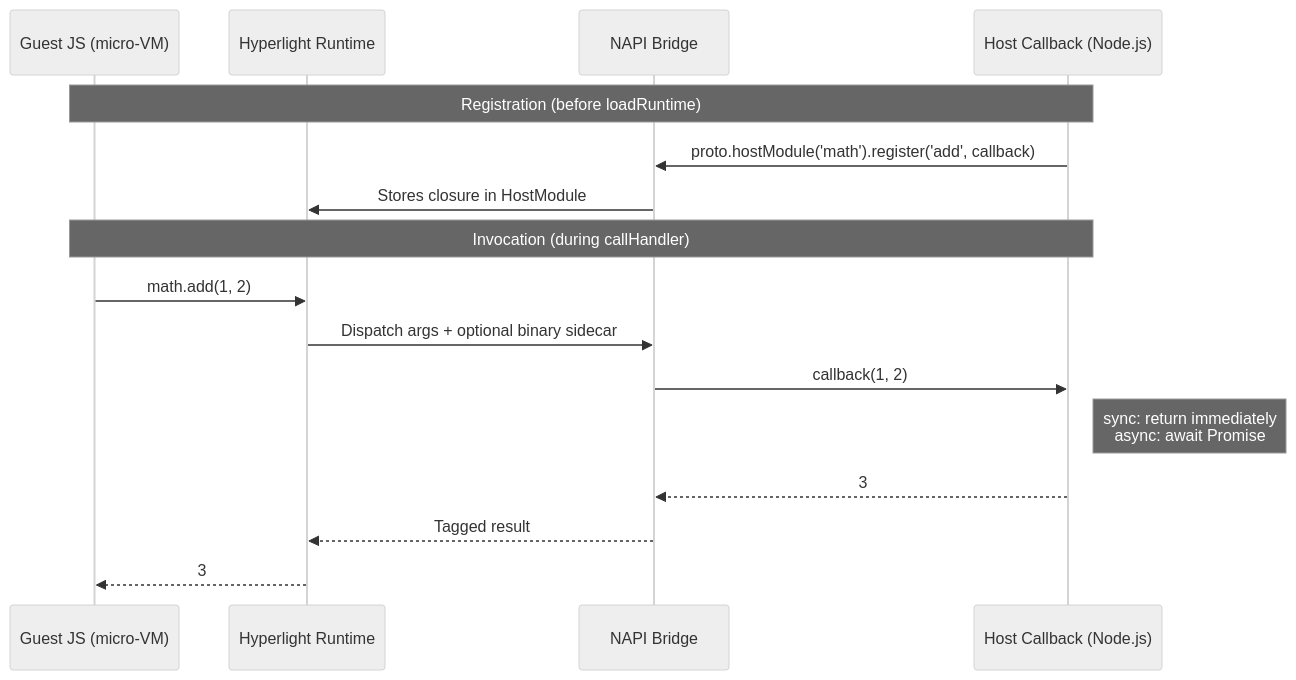
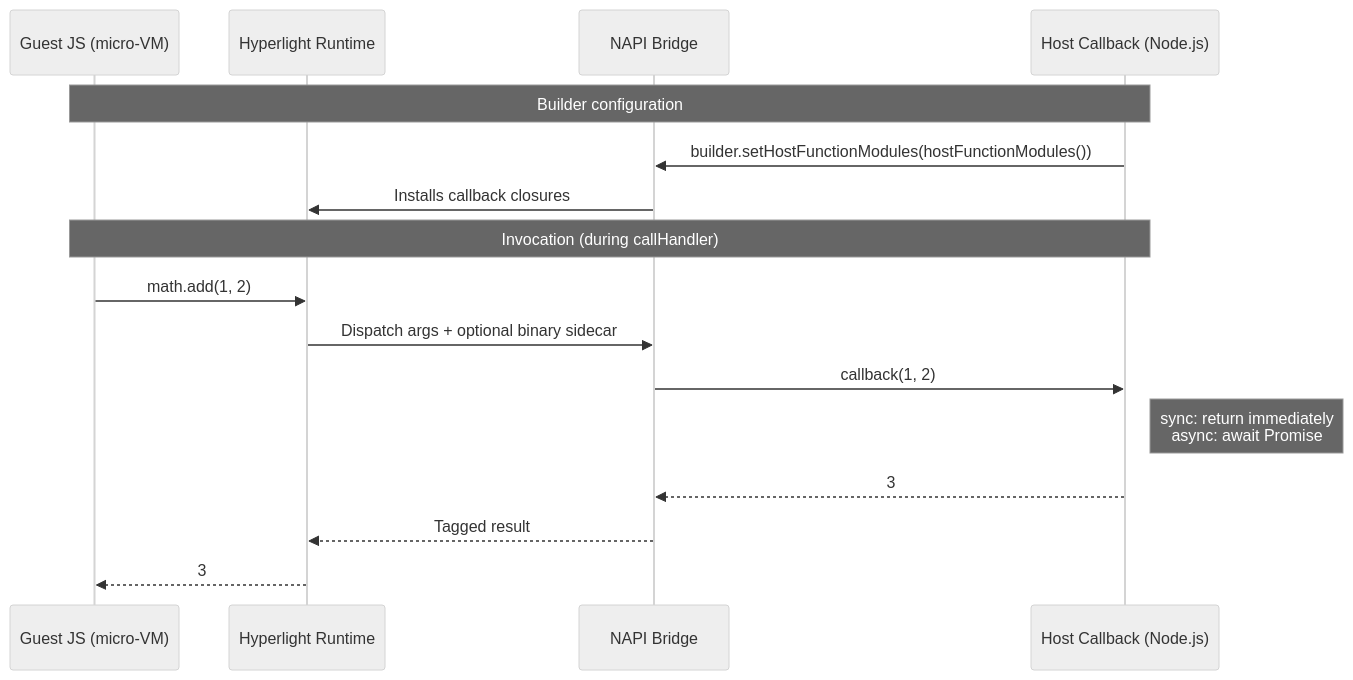
Before and after one commit to hyperlight-dev/hyperlight-js: the diagram in src/js-host-api/README.md, drawn with Mermaid (neutral theme). The commit also changed other lines of this file and 33 other files, not shown here.

````diff
--- a/src/js-host-api/README.md
+++ b/src/js-host-api/README.md
@@ -340,20 +375,20 @@
 ```mermaid
 sequenceDiagram
     participant Guest as Guest JS (micro-VM)
     participant HL as Hyperlight Runtime
     participant Bridge as NAPI Bridge
     participant Host as Host Callback (Node.js)
 
-    Note over Guest,Host: Registration (before loadRuntime)
-    Host->>Bridge: proto.hostModule('math').register('add', callback)
-    Bridge->>HL: Stores closure in HostModule
+    Note over Guest,Host: Builder configuration
+    Host->>Bridge: builder.setHostFunctionModules(hostFunctionModules())
+    Bridge->>HL: Installs callback closures
 
     Note over Guest,Host: Invocation (during callHandler)
     Guest->>HL: math.add(1, 2)
     HL->>Bridge: Dispatch args + optional binary sidecar
     Bridge->>Host: callback(1, 2)
     Note right of Host: sync: return immediately<br/>async: await Promise
     Host-->>Bridge: 3
     Bridge-->>HL: Tagged result
     HL-->>Guest: 3
 ```
````
